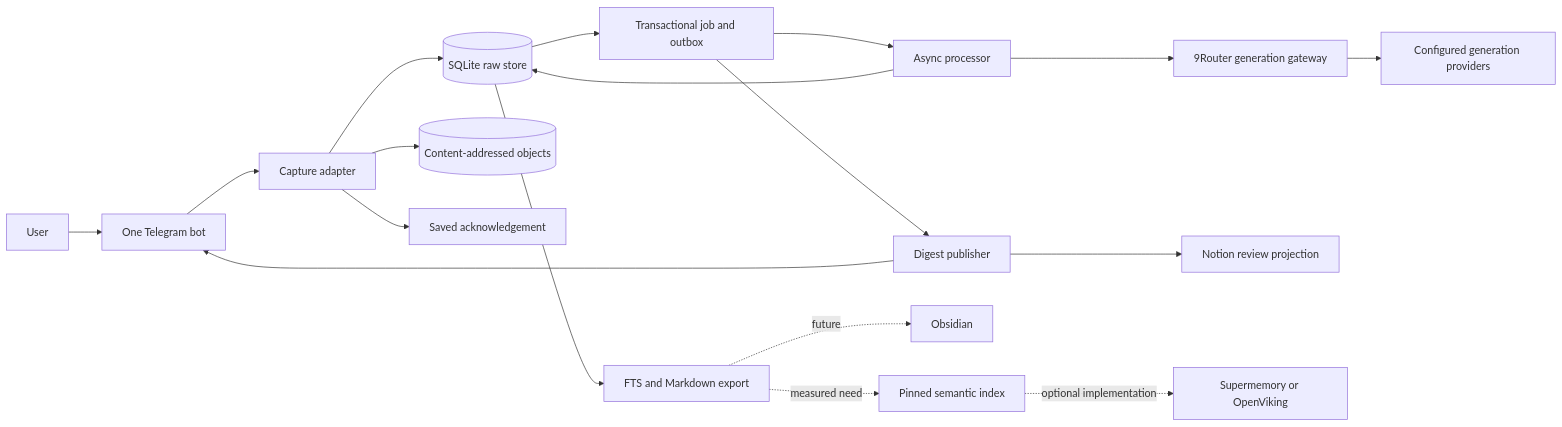
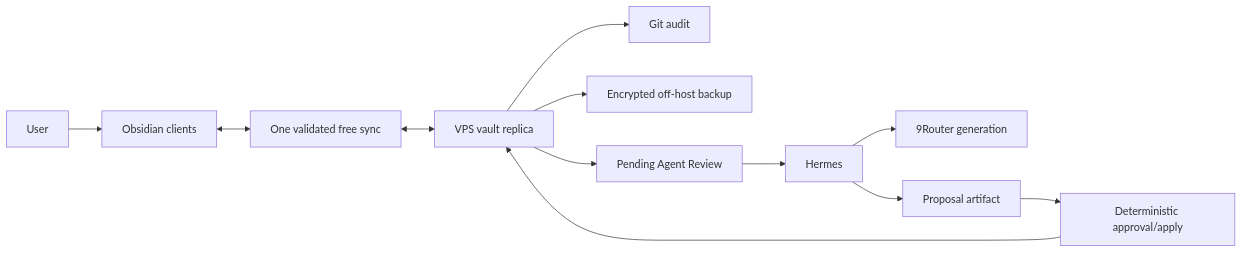
One commit to tienbac2314/north-obsidian-vault changed the first of 5 diagrams in docs/architecture/diagrams.md. Above: the diagram before and after it, drawn with Mermaid. The commit also changed other lines of this file and 29 other files, not shown here.

````diff
--- a/docs/architecture/diagrams.md
+++ b/docs/architecture/diagrams.md
@@ -5,20 +5,14 @@
 ```mermaid
 flowchart LR
-    U["User"] --> T["One Telegram bot"]
-    T --> C["Capture adapter"]
-    C --> S[("SQLite raw store")]
-    C --> O[("Content-addressed objects")]
-    C --> A["Saved acknowledgement"]
-    S --> J["Transactional job and outbox"]
-    J --> P["Async processor"]
-    P --> R["9Router generation gateway"]
-    R --> L["Configured generation providers"]
-    P --> S
-    J --> D["Digest publisher"]
-    D --> T
-    D --> N["Notion review projection"]
-    S --> F["FTS and Markdown export"]
-    F -. "future" .-> B["Obsidian"]
-    F -. "measured need" .-> X["Pinned semantic index"]
-    X -. "optional implementation" .-> M["Supermemory or OpenViking"]
+    U["User"] --> O["Obsidian clients"]
+    O <--> S["One validated free sync"]
+    S <--> V["VPS vault replica"]
+    V --> G["Git audit"]
+    V --> B["Encrypted off-host backup"]
+    V --> Q["Pending Agent Review"]
+    Q --> H["Hermes"]
+    H --> R["9Router generation"]
+    H --> P["Proposal artifact"]
+    P --> A["Deterministic approval/apply"]
+    A --> V
 ```
````
